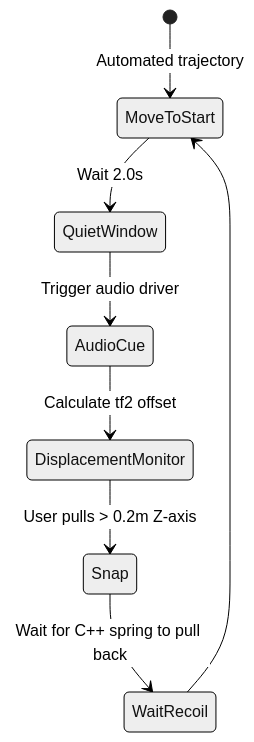
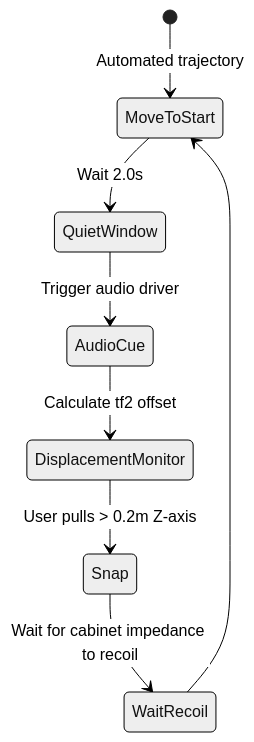
Before and after one commit to sinthlab/sinthlab-kuka-stack: the third of 5 diagrams in README.md, drawn with Mermaid (neutral theme). The commit also changed other lines of this file, not shown here.

````diff
--- a/README.md
+++ b/README.md
@@ -158,10 +301,10 @@
 ```mermaid
 stateDiagram-v2
     [*] --> MoveToStart : Automated trajectory
     MoveToStart --> QuietWindow : Wait 2.0s
     QuietWindow --> AudioCue : Trigger audio driver
     AudioCue --> DisplacementMonitor : Calculate tf2 offset
     DisplacementMonitor --> Snap : User pulls > 0.2m Z-axis
-    Snap --> WaitRecoil : Wait for C++ spring to pull back
+    Snap --> WaitRecoil : Wait for cabinet impedance to recoil
     WaitRecoil --> MoveToStart
 ```
````
